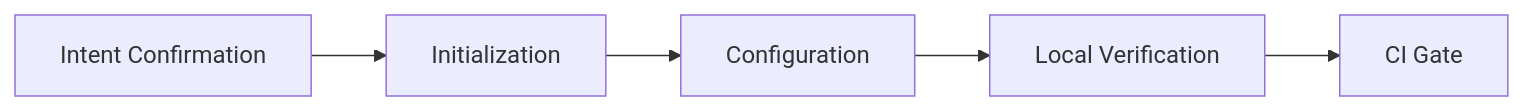
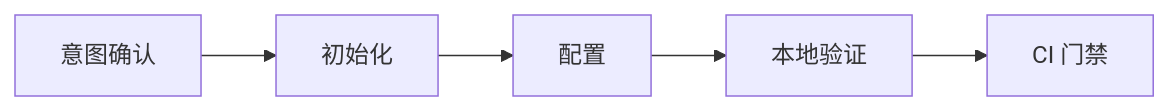
Before and after one commit to Kirky-X/cangjie: the diagram in templates/Common/Template-README.md, drawn with Mermaid. The commit also changed other lines of this file and 33 other files, not shown here.

````diff
--- a/templates/Common/Template-README.md
+++ b/templates/Common/Template-README.md
@@ -156,7 +156,7 @@
 ```mermaid
 flowchart LR
-    A["Intent Confirmation"] --> B["Initialization"]
-    B --> C["Configuration"]
-    C --> D["Local Verification"]
-    D --> E["CI Gate"]
+    A["意图确认"] --> B["初始化"]
+    B --> C["配置"]
+    C --> D["本地验证"]
+    D --> E["CI 门禁"]
 ```
````
